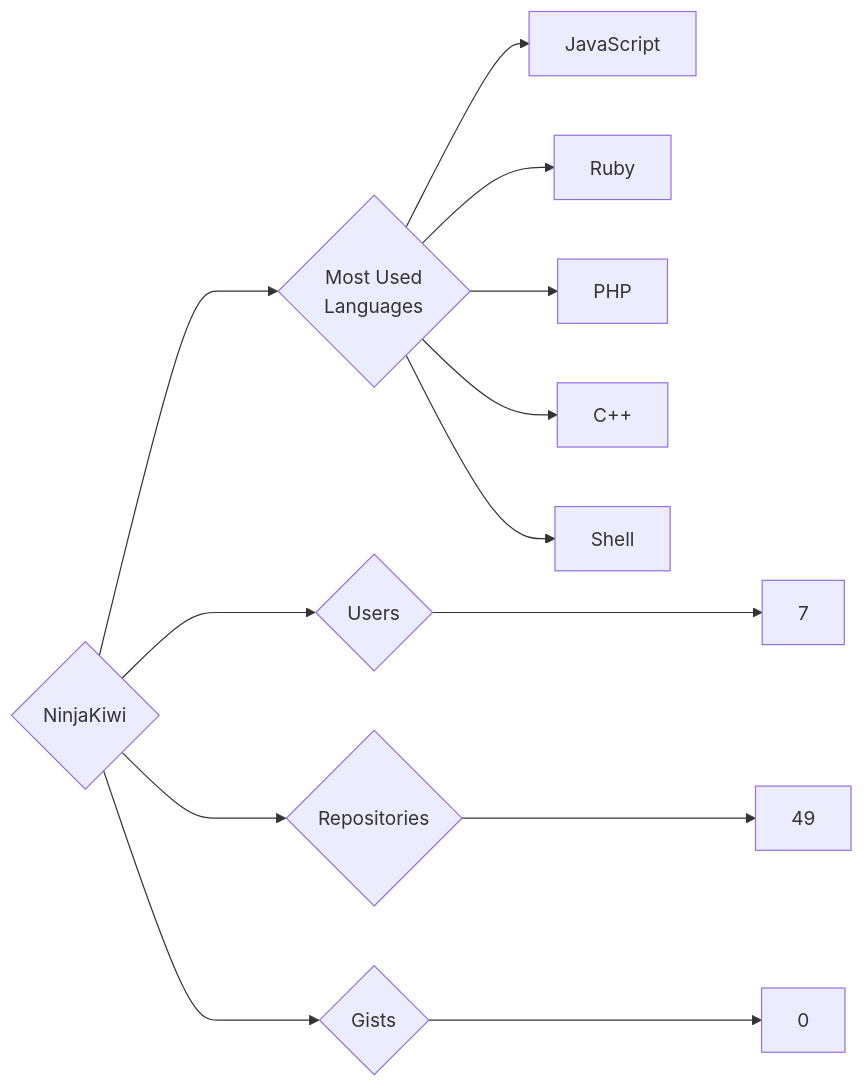
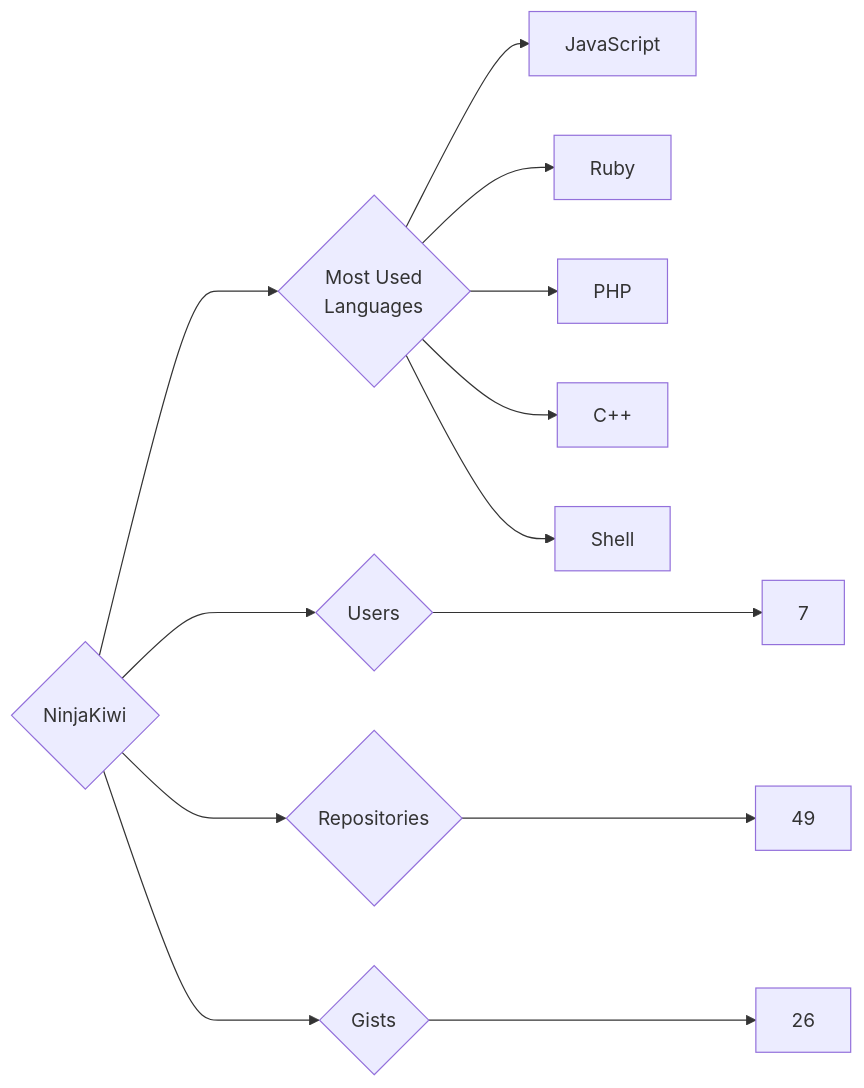
The diagram in targets/NinjaKiwi/README.md (trickest/insiders), drawn with Mermaid before and after one commit. The commit also changed 829 other files, not shown here.

````diff
--- a/targets/NinjaKiwi/README.md
+++ b/targets/NinjaKiwi/README.md
@@ -3,13 +3,13 @@
 ```mermaid
 graph LR
 COMPANY_NAME{NinjaKiwi}
 COMPANY_NAME ---> U{Users} ---> UN[7]
 COMPANY_NAME ---> R{Repositories} ---> RN[49]
-COMPANY_NAME ---> G{Gists} ---> GN[0]
+COMPANY_NAME ---> G{Gists} ---> GN[26]
 COMPANY_NAME ---> ML{Most Used<br>Languages}
-ML --> JavaScript
-ML --> Ruby
-ML --> PHP
-ML --> C++
-ML --> Shell
+ML --> JavaScript[JavaScript]
+ML --> Ruby[Ruby]
+ML --> PHP[PHP]
+ML --> C++[C++]
+ML --> Shell[Shell]
 ```
````
